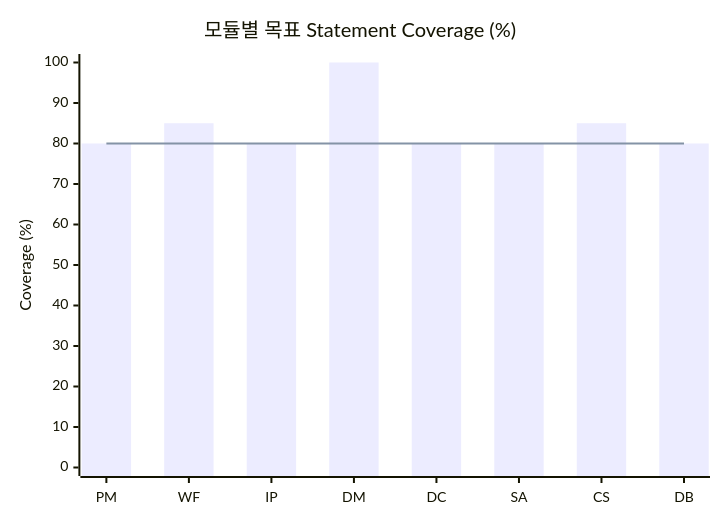
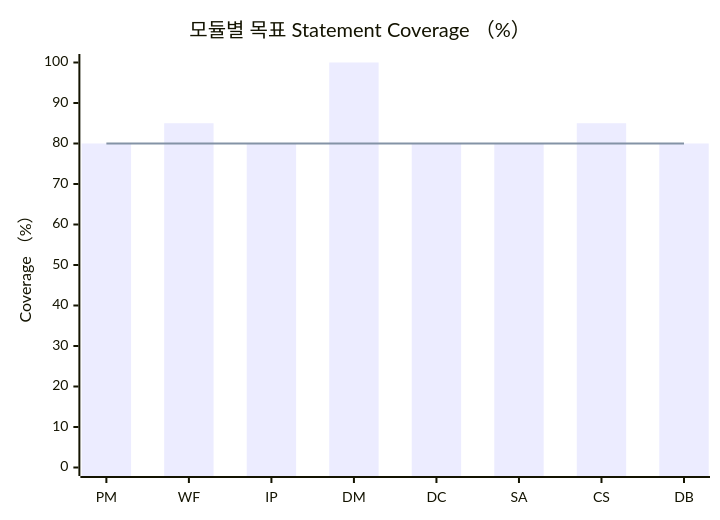
The second of 5 diagrams in docs/testing/DOC-012_UnitTestPlan_v1.0.md (holee9/console-gui), drawn with Mermaid before and after one commit. The commit also changed 19 other files, not shown here.

First line of the commit message:
fix: quadrantChart/pie/timeline 등 비flowchart 차트 파싱 오류 전면 수정

````diff
--- a/docs/testing/DOC-012_UnitTestPlan_v1.0.md
+++ b/docs/testing/DOC-012_UnitTestPlan_v1.0.md
@@ -165,8 +165,8 @@
 ```mermaid
 xychart-beta
-    title "모듈별 목표 Statement Coverage (%)"
+    title "모듈별 목표 Statement Coverage （%）"
     x-axis [PM, WF, IP, DM, DC, SA, CS, DB]
-    y-axis "Coverage (%)" 0 --> 100
+    y-axis "Coverage （%）" 0 --> 100
     bar [80, 85, 80, 100, 80, 80, 85, 80]
     line [80, 80, 80, 80, 80, 80, 80, 80]
 ```
````
